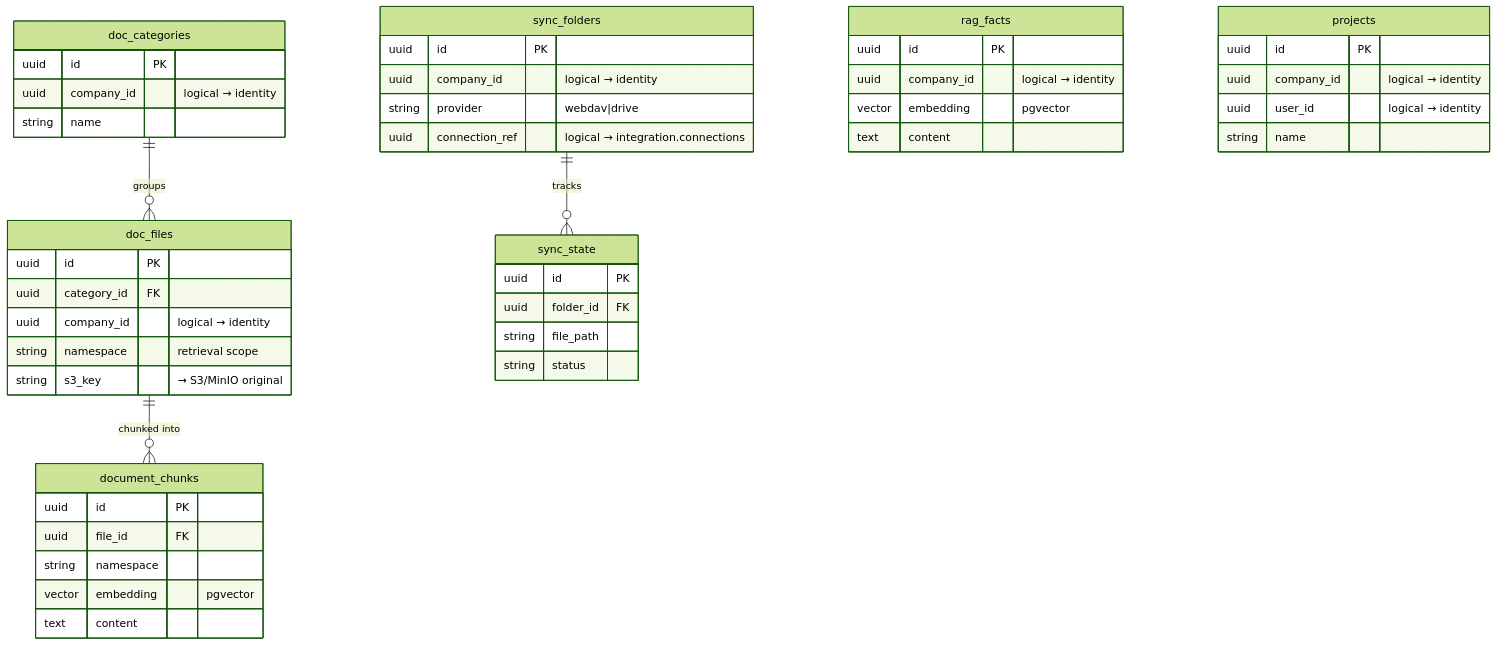
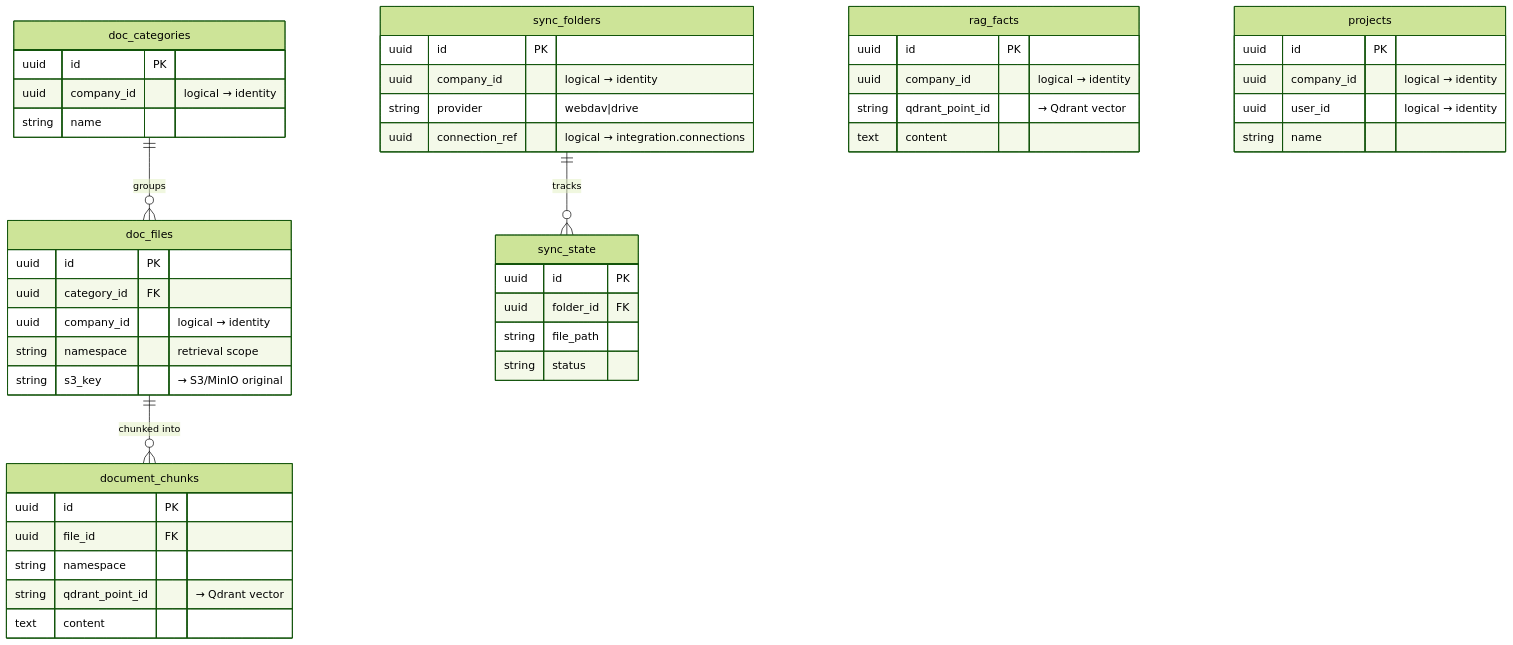
One commit to stoychev07-art/7X7-microservice changed the fifth of 14 diagrams in docs/08-database-architecture.md. Above: the diagram before and after it, drawn with Mermaid (forest theme). The commit also changed other lines of this file and 65 other files, not shown here.

First line of the commit message:
Enhance architecture and service documentation

````diff
--- a/docs/08-database-architecture.md
+++ b/docs/08-database-architecture.md
@@ -269,50 +315,50 @@
 ```mermaid
 erDiagram
     doc_categories ||--o{ doc_files : "groups"
     doc_files ||--o{ document_chunks : "chunked into"
     sync_folders ||--o{ sync_state : "tracks"
 
     doc_categories {
         uuid id PK
         uuid company_id "logical → identity"
         string name
     }
     doc_files {
         uuid id PK
         uuid category_id FK
         uuid company_id "logical → identity"
         string namespace "retrieval scope"
         string s3_key "→ S3/MinIO original"
     }
     document_chunks {
         uuid id PK
         uuid file_id FK
         string namespace
-        vector embedding "pgvector"
+        string qdrant_point_id "→ Qdrant vector"
         text content
     }
     rag_facts {
         uuid id PK
         uuid company_id "logical → identity"
-        vector embedding "pgvector"
+        string qdrant_point_id "→ Qdrant vector"
         text content
     }
     projects {
         uuid id PK
         uuid company_id "logical → identity"
         uuid user_id "logical → identity"
         string name
     }
     sync_folders {
         uuid id PK
         uuid company_id "logical → identity"
         string provider "webdav|drive"
         uuid connection_ref "logical → integration.connections"
     }
     sync_state {
         uuid id PK
         uuid folder_id FK
         string file_path
         string status
     }
 ```
````
